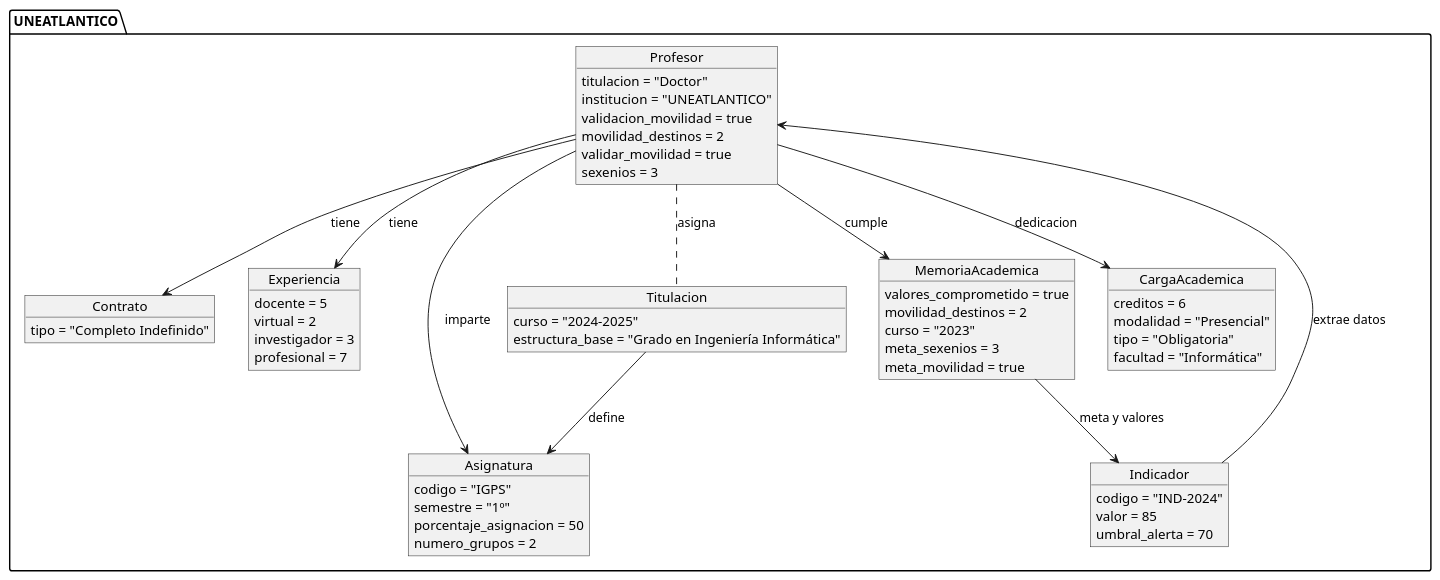
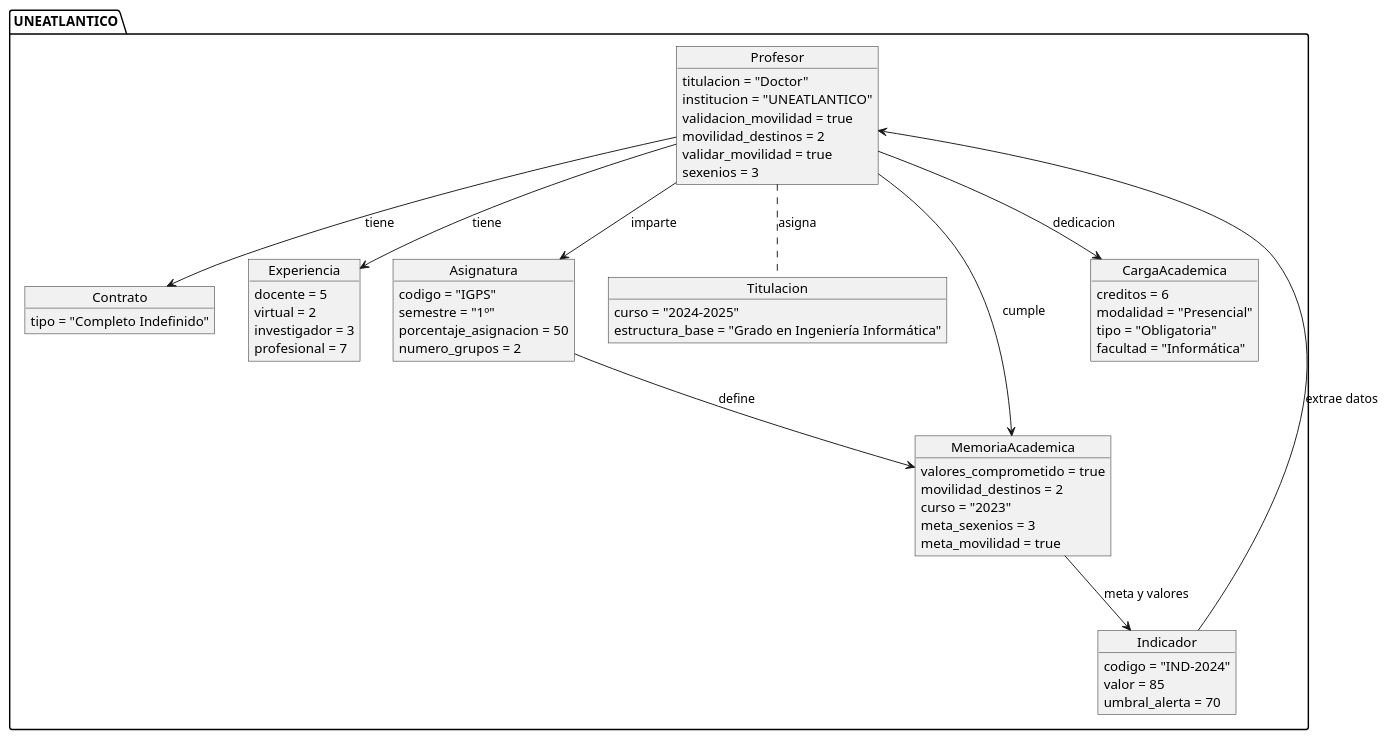
Before and after one commit to mmasias/24-25-IdSw1-SDR: the diagram in modelosUML/MdD/diagramaDeObjetos.puml, drawn with PlantUML. The commit also changed 3 other files, not shown here.

Commit message:
Retoque diagrama de clases y de objetos

```diff
--- a/modelosUML/MdD/diagramaDeObjetos.puml
+++ b/modelosUML/MdD/diagramaDeObjetos.puml
@@ -1,66 +1,66 @@
 @startuml
 package "UNEATLANTICO" {
     object Profesor {
         titulacion = "Doctor"
         institucion = "UNEATLANTICO"
         validacion_movilidad = true
         movilidad_destinos = 2
         validar_movilidad = true
         sexenios = 3
     }
 
     object Contrato {
         tipo = "Completo Indefinido"
     }
     
     object Experiencia {
         docente = 5
         virtual = 2
         investigador = 3
         profesional = 7
     }
 
     object Asignatura {
         codigo = "IGPS"
         semestre = "1º"
         porcentaje_asignacion = 50
         numero_grupos = 2
     }
 
     object Titulacion {
         curso = "2024-2025"
         estructura_base = "Grado en Ingeniería Informática"
     }
 
     object MemoriaAcademica {
         valores_comprometido = true
         movilidad_destinos = 2
         curso = "2023"
         meta_sexenios = 3
         meta_movilidad = true
     }
 
     object Indicador {
         codigo = "IND-2024"
         valor = 85
         umbral_alerta = 70
     }
 
     object CargaAcademica {
         creditos = 6
         modalidad = "Presencial"
         tipo = "Obligatoria"
         facultad = "Informática"
     }
 
     Profesor --> Contrato : tiene
     Profesor --> Experiencia : tiene
     Profesor --> CargaAcademica : dedicacion
     Profesor .. Titulacion : asigna
     Profesor --> Asignatura : imparte
     Profesor --> MemoriaAcademica : cumple
     MemoriaAcademica --> Indicador : meta y valores
     Indicador --> Profesor : extrae datos
-    Titulacion --> Asignatura : define
+    Asignatura --> MemoriaAcademica : define
 }
 @enduml
```
